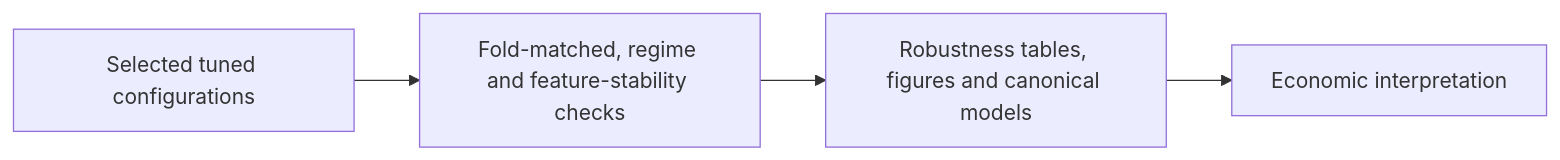
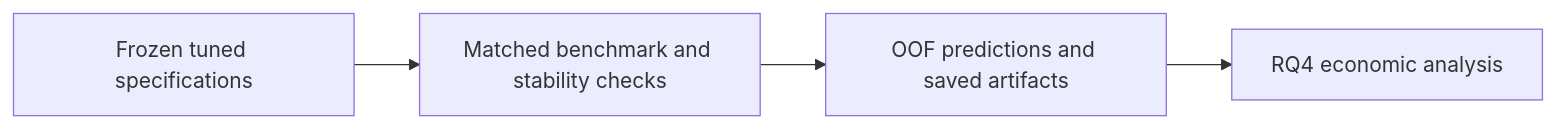
Before and after one commit to Ferreter/Dissertation: the diagram in docs/notebooks/08_hyperparameters_tuning_extended_robustness.md, drawn with Mermaid. The commit also changed other lines of this file and 27 other files, not shown here.

````diff
--- a/docs/notebooks/08_hyperparameters_tuning_extended_robustness.md
+++ b/docs/notebooks/08_hyperparameters_tuning_extended_robustness.md
@@ -12,6 +13,6 @@
 ```mermaid
 flowchart LR
-    A["Selected tuned configurations"] --> B["Fold-matched, regime and feature-stability checks"]
-    B --> C["Robustness tables, figures and canonical models"]
-    C --> D["Economic interpretation"]
+    A["Frozen tuned specifications"] --> B["Matched benchmark and stability checks"]
+    B --> C["OOF predictions and saved artifacts"]
+    C --> D["RQ4 economic analysis"]
 ```
````
